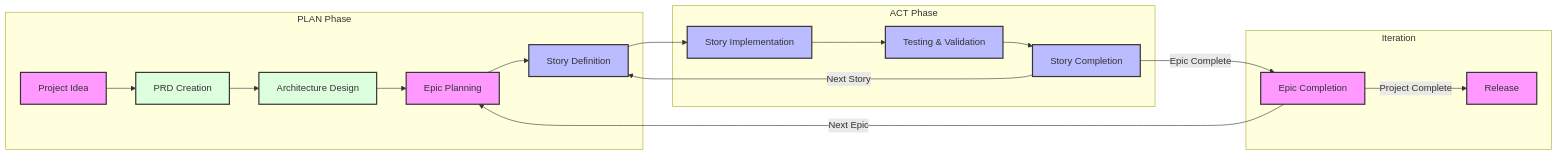
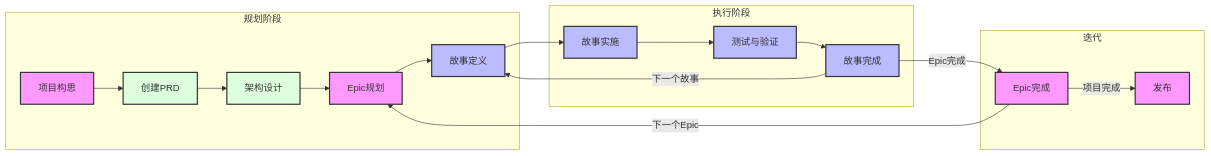
Before and after one commit to kazura233/cursor-custom-agents-rules-generator: the second of 2 diagrams in docs/agile-readme.md, drawn with Mermaid. The commit also changed other lines of this file and 1 other file, not shown here.

Commit message:
对graph部分进行翻译

````diff
--- a/docs/agile-readme.md
+++ b/docs/agile-readme.md
@@ -83,33 +83,33 @@
 ```mermaid
 graph LR
-    subgraph PLAN Phase
-        A[Project Idea] --> B[PRD Creation]
-        B --> C[Architecture Design]
-        C --> D[Epic Planning]
-        D --> E[Story Definition]
+    subgraph 规划阶段
+        A[项目构思] --> B[创建PRD]
+        B --> C[架构设计]
+        C --> D[Epic规划]
+        D --> E[故事定义]
     end
 
-    subgraph ACT Phase
-        E --> F[Story Implementation]
-        F --> G[Testing & Validation]
-        G --> H[Story Completion]
+    subgraph 执行阶段
+        E --> F[故事实施]
+        F --> G[测试与验证]
+        G --> H[故事完成]
     end
 
-    subgraph Iteration
-        H --> |Next Story|E
-        H --> |Epic Complete|I[Epic Completion]
-        I --> |Next Epic|D
-        I --> |Project Complete|J[Release]
+    subgraph 迭代
+        H --> |下一个故事|E
+        H --> |Epic完成|I[Epic完成]
+        I --> |下一个Epic|D
+        I --> |项目完成|J[发布]
     end
 
     style A fill:#f9f,stroke:#333,stroke-width:2px
     style B fill:#dfd,stroke:#333,stroke-width:2px
     style C fill:#dfd,stroke:#333,stroke-width:2px
     style D fill:#f9f,stroke:#333,stroke-width:2px
     style E fill:#bbf,stroke:#333,stroke-width:2px
     style F fill:#bbf,stroke:#333,stroke-width:2px
     style G fill:#bbf,stroke:#333,stroke-width:2px
     style H fill:#bbf,stroke:#333,stroke-width:2px
     style I fill:#f9f,stroke:#333,stroke-width:2px
     style J fill:#f9f,stroke:#333,stroke-width:2px
 ```
````
